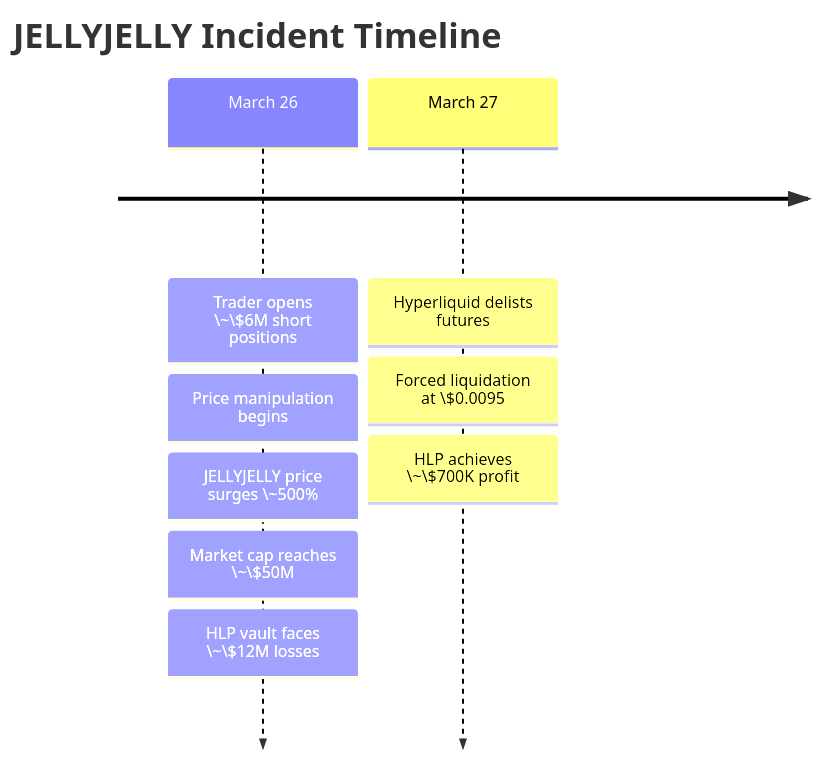
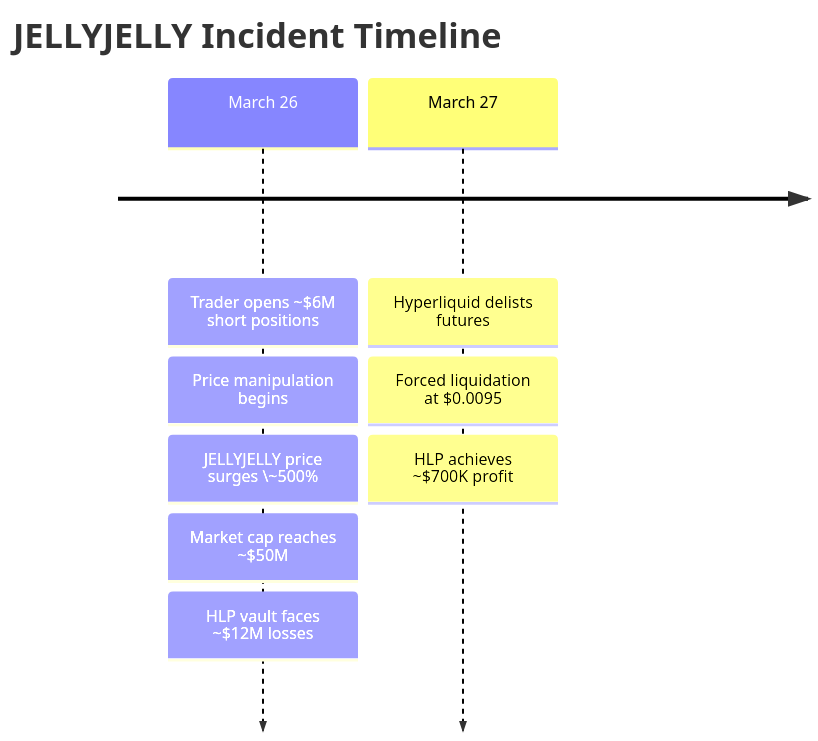
One commit to chanchann/blog changed the diagram in _posts/2025-03-27-hype-jelly.md. Above: the diagram before and after it, drawn with Mermaid. The commit also changed other lines of this file, not shown here.

````diff
--- a/_posts/2025-03-27-hype-jelly.md
+++ b/_posts/2025-03-27-hype-jelly.md
@@ -52,12 +52,12 @@
 ```mermaid
 timeline
     title JELLYJELLY Incident Timeline
-    March 26 : Trader opens \~\$6M short positions
+    March 26 : Trader opens ~$6M short positions
     : Price manipulation begins
     : JELLYJELLY price surges \~500%
-    : Market cap reaches \~\$50M
-    : HLP vault faces \~\$12M losses
+    : Market cap reaches ~$50M
+    : HLP vault faces ~$12M losses
     March 27 : Hyperliquid delists futures
-    : Forced liquidation at \$0.0095
-    : HLP achieves \~\$700K profit
+    : Forced liquidation at $0.0095
+    : HLP achieves ~$700K profit
 ```
````
